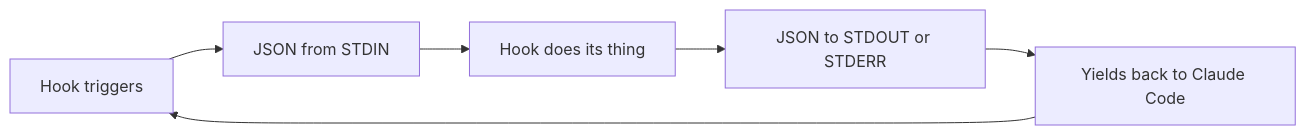
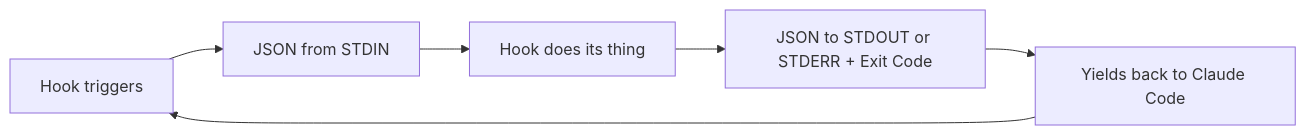
Before and after one commit to gabriel-dehan/claude_hooks: the first of 2 diagrams in README.md, drawn with Mermaid. The commit also changed other lines of this file and 1 other file, not shown here.

````diff
--- a/README.md
+++ b/README.md
@@ -322,4 +333,4 @@
 ```mermaid
 graph LR
-  A[Hook triggers] --> B[JSON from STDIN] --> C[Hook does its thing] --> D[JSON to STDOUT or STDERR] --> E[Yields back to Claude Code] --> A
+  A[Hook triggers] --> B[JSON from STDIN] --> C[Hook does its thing] --> D[JSON to STDOUT or STDERR + Exit Code] --> E[Yields back to Claude Code] --> A
 ```
````
